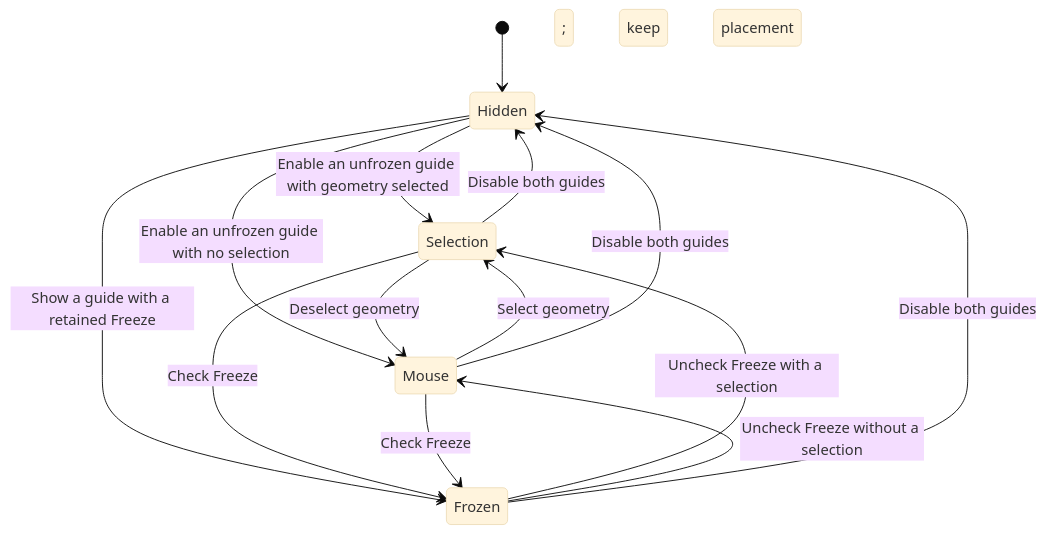
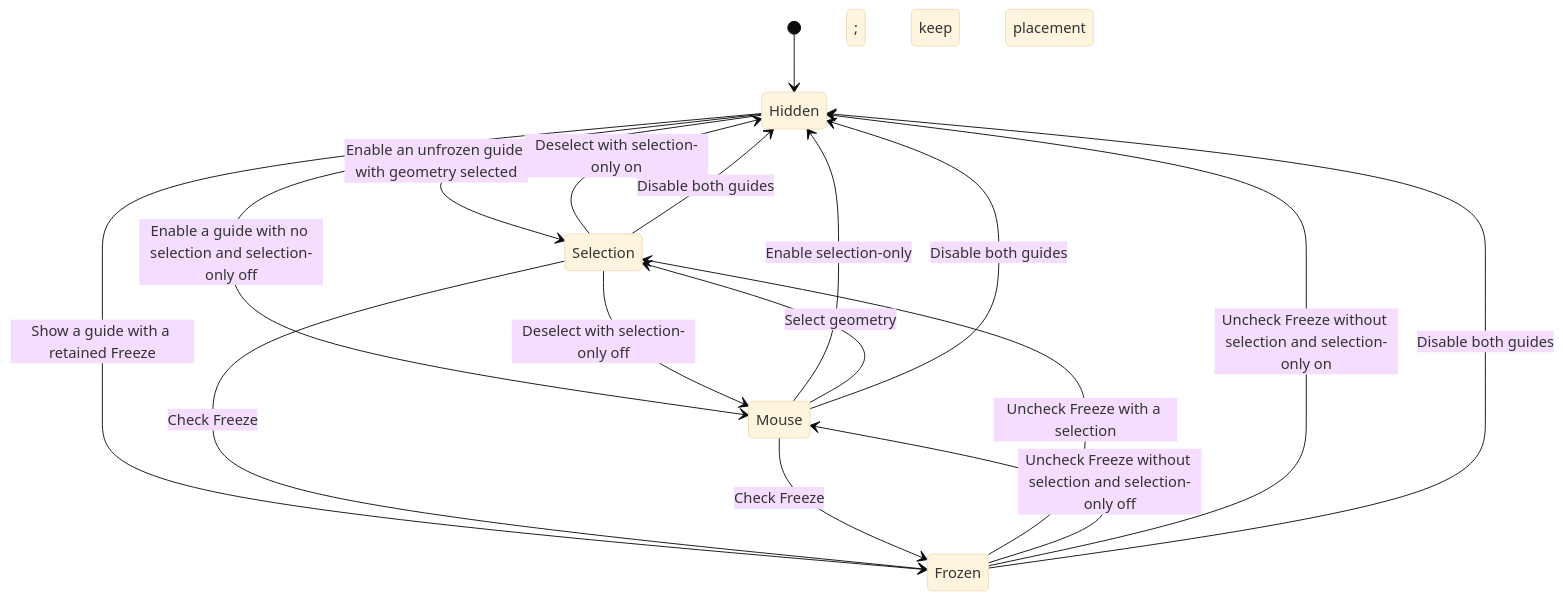
Before and after one commit to taoluo20/blender-scale-reference: the diagram in docs/FEATURES_AND_LOGIC.md, drawn with Mermaid (base theme). The commit also changed other lines of this file and 29 other files, not shown here.

Commit message:
Release Height Axis 1.5.0 with selection-only display defaults

````diff
--- a/docs/FEATURES_AND_LOGIC.md
+++ b/docs/FEATURES_AND_LOGIC.md
@@ -7,16 +7,19 @@
 ```mermaid
 stateDiagram-v2
     [*] --> Hidden
     Hidden --> Selection: Enable an unfrozen guide with geometry selected
-    Hidden --> Mouse: Enable an unfrozen guide with no selection
+    Hidden --> Mouse: Enable a guide with no selection and selection-only off
     Hidden --> Frozen: Show a guide with a retained Freeze
-    Selection --> Mouse: Deselect geometry
+    Selection --> Mouse: Deselect with selection-only off
+    Selection --> Hidden: Deselect with selection-only on
+    Mouse --> Hidden: Enable selection-only
     Mouse --> Selection: Select geometry
     Selection --> Frozen: Check Freeze
     Mouse --> Frozen: Check Freeze
     Frozen --> Selection: Uncheck Freeze with a selection
-    Frozen --> Mouse: Uncheck Freeze without a selection
+    Frozen --> Mouse: Uncheck Freeze without selection and selection-only off
+    Frozen --> Hidden: Uncheck Freeze without selection and selection-only on
     Selection --> Hidden: Disable both guides
     Mouse --> Hidden: Disable both guides
     Frozen --> Hidden: Disable both guides; keep placement
 ```
````
